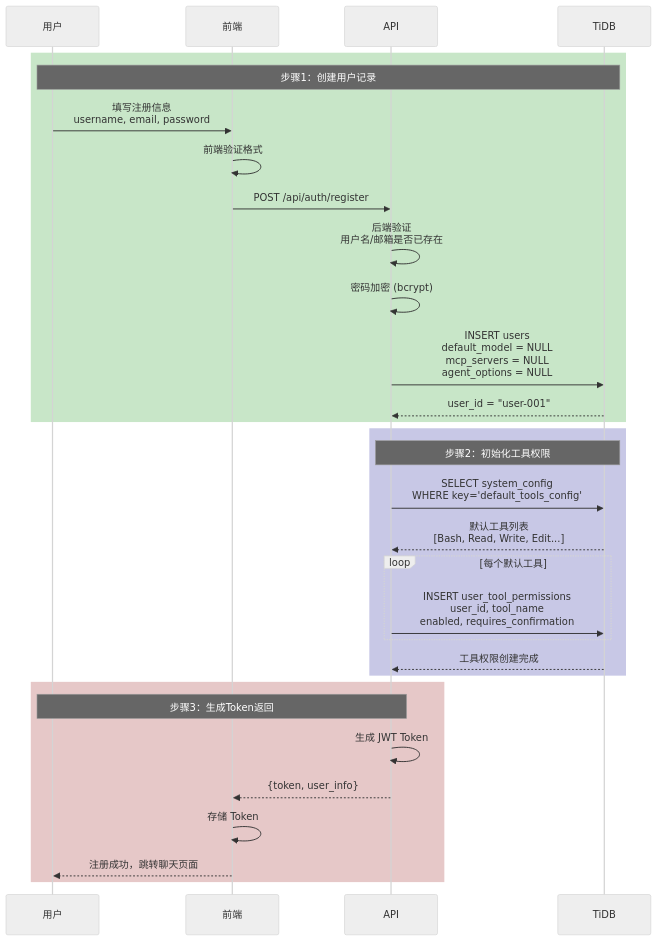
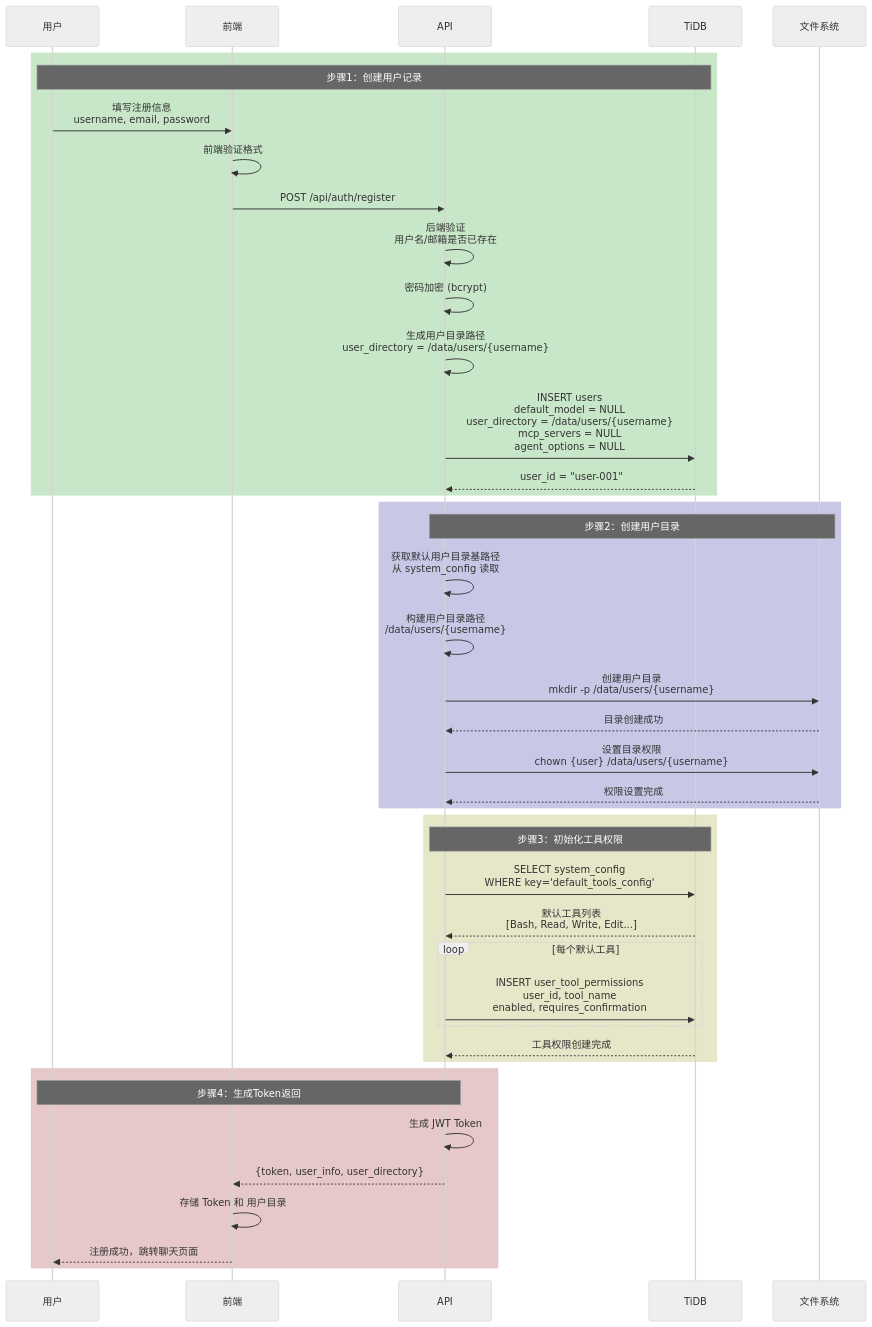
Before and after one commit to xiaocaipi/mm-doc: the seventh of 45 diagrams in agent/agent_project_design_1.md, drawn with Mermaid (neutral theme). The commit also changed other lines of this file, not shown here.

````diff
--- a/agent/agent_project_design_1.md
+++ b/agent/agent_project_design_1.md
@@ -432,38 +433,50 @@
 ```mermaid
 sequenceDiagram
     participant User as 用户
     participant Frontend as 前端
     participant API as API
     participant DB as TiDB
+    participant FS as 文件系统
     
     rect rgb(200, 230, 200)
         Note over User, DB: 步骤1：创建用户记录
         User->>Frontend: 填写注册信息<br/>username, email, password
         Frontend->>Frontend: 前端验证格式
         Frontend->>API: POST /api/auth/register
         API->>API: 后端验证<br/>用户名/邮箱是否已存在
         API->>API: 密码加密 (bcrypt)
-        API->>DB: INSERT users<br/>default_model = NULL<br/>mcp_servers = NULL<br/>agent_options = NULL
+        API->>API: 生成用户目录路径<br/>user_directory = /data/users/{username}
+        API->>DB: INSERT users<br/>default_model = NULL<br/>user_directory = /data/users/{username}<br/>mcp_servers = NULL<br/>agent_options = NULL
         DB-->>API: user_id = "user-001"
     end
     
     rect rgb(200, 200, 230)
-        Note over API, DB: 步骤2：初始化工具权限
+        Note over API, FS: 步骤2：创建用户目录
+        API->>API: 获取默认用户目录基路径<br/>从 system_config 读取
+        API->>API: 构建用户目录路径<br/>/data/users/{username}
+        API->>FS: 创建用户目录<br/>mkdir -p /data/users/{username}
+        FS-->>API: 目录创建成功
+        API->>FS: 设置目录权限<br/>chown {user} /data/users/{username}
+        FS-->>API: 权限设置完成
+    end
+    
+    rect rgb(230, 230, 200)
+        Note over API, DB: 步骤3：初始化工具权限
         API->>DB: SELECT system_config<br/>WHERE key='default_tools_config'
         DB-->>API: 默认工具列表<br/>[Bash, Read, Write, Edit...]
         
         loop 每个默认工具
             API->>DB: INSERT user_tool_permissions<br/>user_id, tool_name<br/>enabled, requires_confirmation
         end
         
         DB-->>API: 工具权限创建完成
     end
     
     rect rgb(230, 200, 200)
-        Note over API, User: 步骤3：生成Token返回
+        Note over API, User: 步骤4：生成Token返回
         API->>API: 生成 JWT Token
-        API-->>Frontend: {token, user_info}
-        Frontend->>Frontend: 存储 Token
+        API-->>Frontend: {token, user_info, user_directory}
+        Frontend->>Frontend: 存储 Token 和 用户目录
         Frontend-->>User: 注册成功，跳转聊天页面
     end
 ```
````
